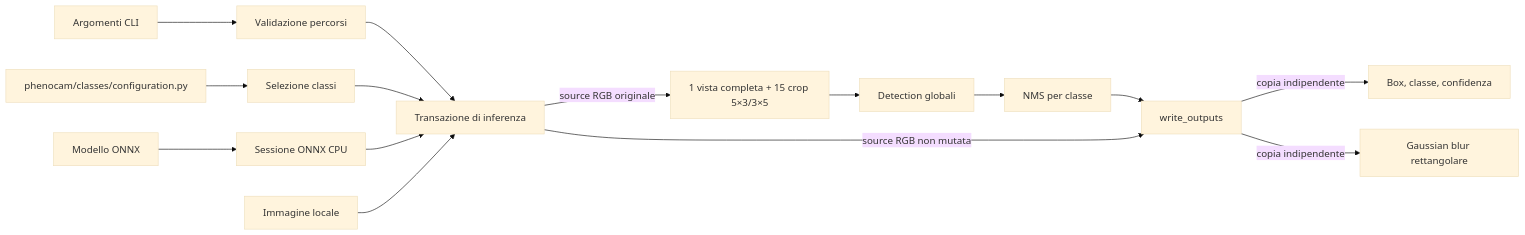
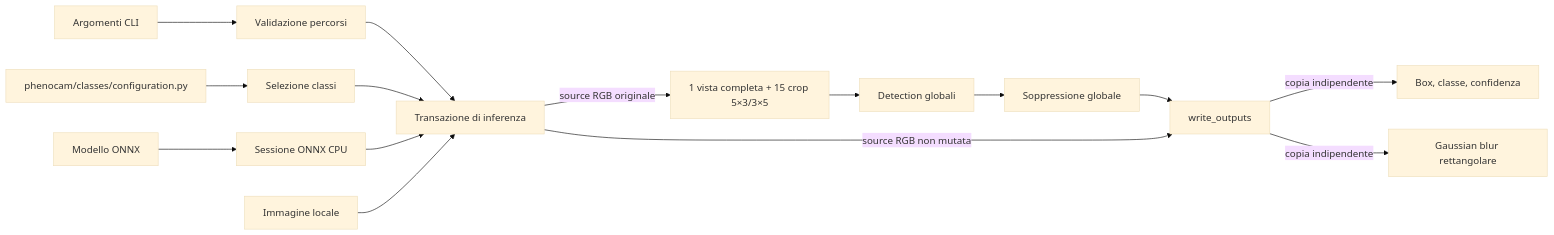
The first of 2 diagrams in docs/architettura.md (e-tufarini-terrasystem/phenocam-vision-edge), drawn with Mermaid (base theme) before and after one commit. The commit also changed other lines of this file, not shown here.

Commit message:
docs(architecture): label global suppression

````diff
--- a/docs/architettura.md
+++ b/docs/architettura.md
@@ -16,17 +16,17 @@
 ```mermaid
 flowchart LR
     CLI[Argomenti CLI] --> Validazione[Validazione percorsi]
     Config[phenocam/classes/configuration.py] --> Selezione[Selezione classi]
     Modello[Modello ONNX] --> Sessione[Sessione ONNX CPU]
     Validazione --> Coordinamento[Transazione di inferenza]
     Selezione --> Coordinamento
     Sessione --> Coordinamento
     Immagine[Immagine locale] --> Coordinamento
     Coordinamento -->|source RGB originale| Viste[1 vista completa + 15 crop 5×3/3×5]
     Viste --> Detection[Detection globali]
-    Detection --> NMS[NMS per classe]
+    Detection --> NMS[Soppressione globale]
     NMS --> Output[write_outputs]
     Coordinamento -->|source RGB non mutata| Output
     Output -->|copia indipendente| Annotato[Box, classe, confidenza]
     Output -->|copia indipendente| Privacy[Gaussian blur rettangolare]
 ```
````
